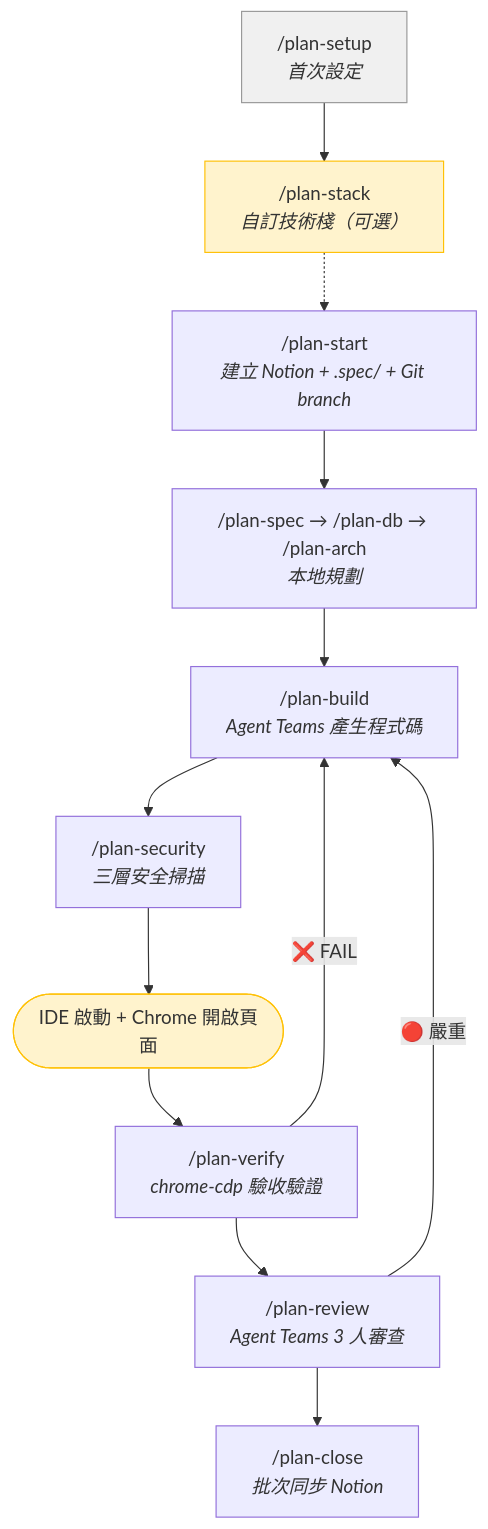
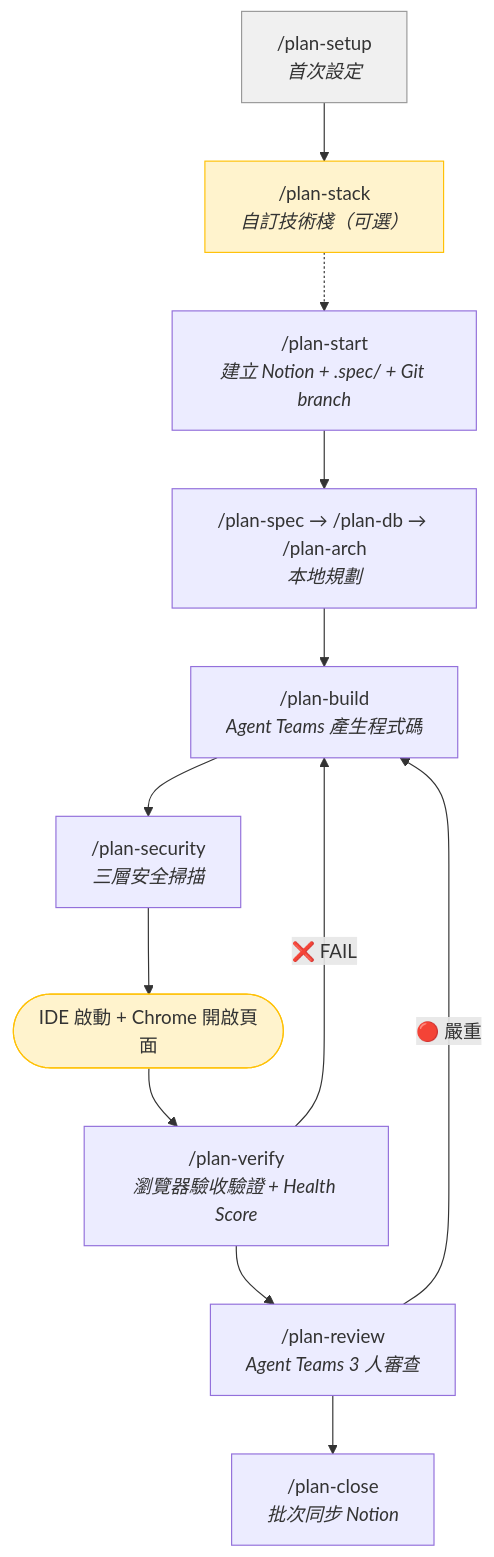
One commit to Stcfinch/crew changed the third of 5 diagrams in README.md. Above: the diagram before and after it, drawn with Mermaid. The commit also changed other lines of this file and 2 other files, not shown here.

````diff
--- a/README.md
+++ b/README.md
@@ -115,21 +115,21 @@
 ```mermaid
 flowchart TD
     setup["/plan-setup<br/><i>首次設定</i>"]
     stack["/plan-stack<br/><i>自訂技術棧（可選）</i>"]
     start["/plan-start<br/><i>建立 Notion + .spec/ + Git branch</i>"]
     plan["/plan-spec → /plan-db → /plan-arch<br/><i>本地規劃</i>"]
     build["/plan-build<br/><i>Agent Teams 產生程式碼</i>"]
     security["/plan-security<br/><i>三層安全掃描</i>"]
     ide(["IDE 啟動 + Chrome 開啟頁面"])
-    verify["/plan-verify<br/><i>chrome-cdp 驗收驗證</i>"]
+    verify["/plan-verify<br/><i>瀏覽器驗收驗證 + Health Score</i>"]
     review["/plan-review<br/><i>Agent Teams 3 人審查</i>"]
     close["/plan-close<br/><i>批次同步 Notion</i>"]
 
     setup --> stack -.-> start --> plan --> build --> security --> ide --> verify --> review --> close
     verify -- "❌ FAIL" --> build
     review -- "🔴 嚴重" --> build
 
     style setup fill:#f0f0f0,stroke:#999
     style stack fill:#fff3cd,stroke:#ffc107
     style ide fill:#fff3cd,stroke:#ffc107
 ```
````
